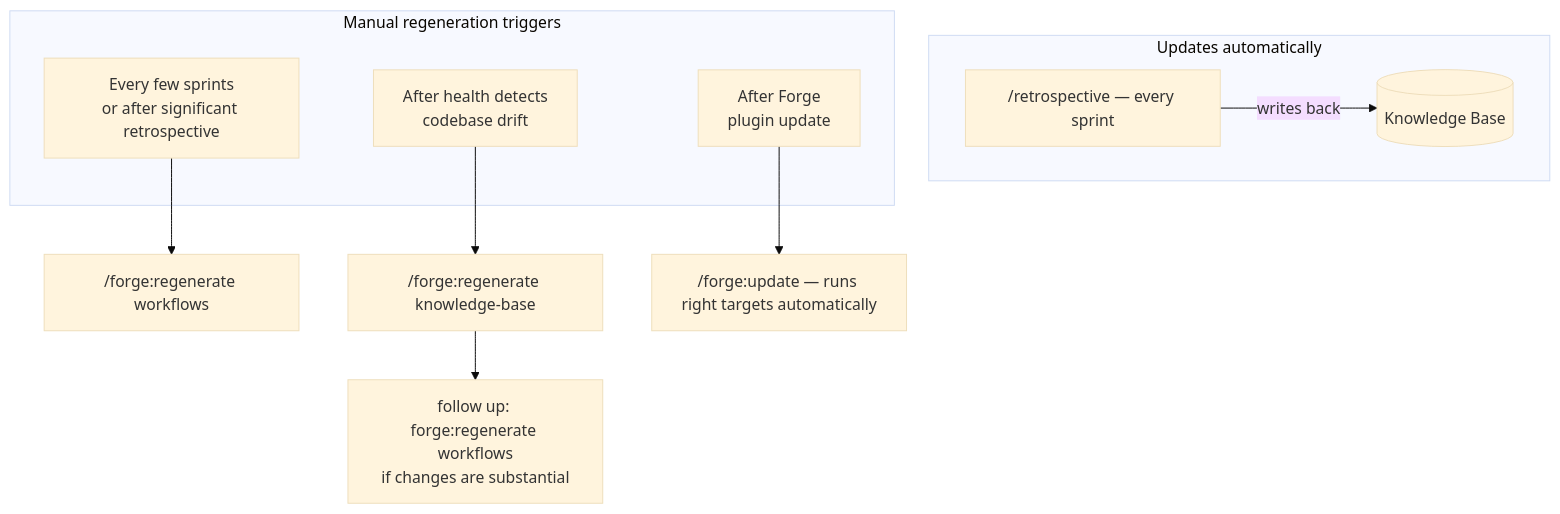
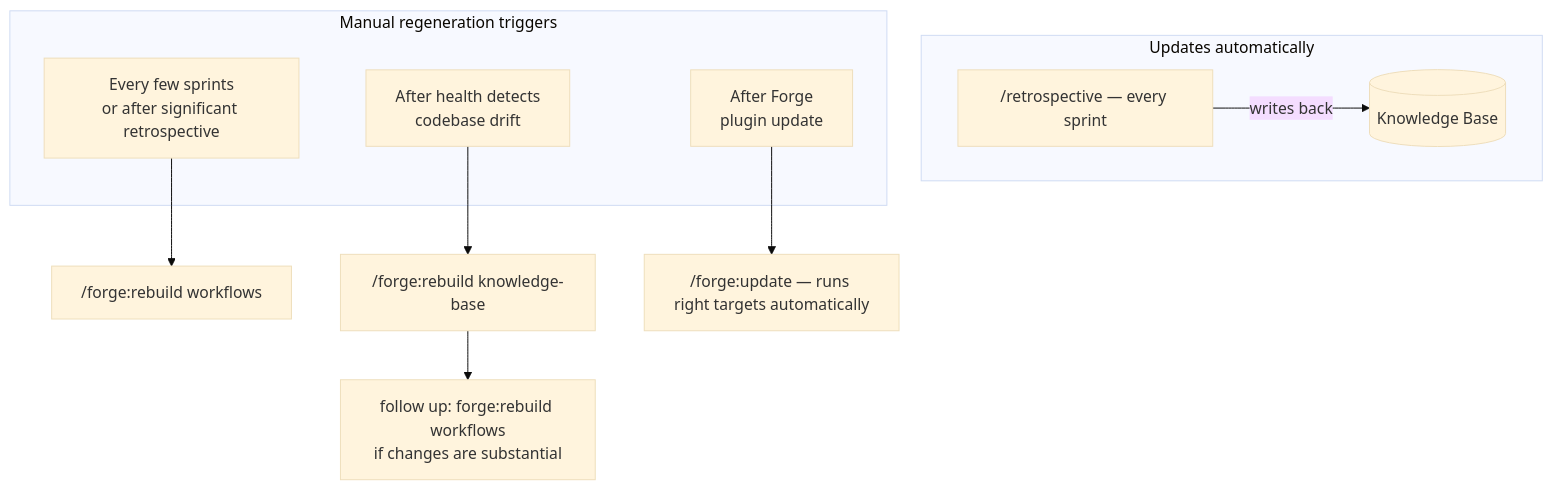
One commit to Entelligentsia/forge changed the third of 3 diagrams in docs/concepts/sprint.md. Above: the diagram before and after it, drawn with Mermaid (base theme). The commit also changed 40 other files, not shown here.

````diff
--- a/docs/concepts/sprint.md
+++ b/docs/concepts/sprint.md
@@ -64,17 +64,17 @@
 ```mermaid
 flowchart TD
     subgraph auto["Updates automatically"]
         RET["/retrospective — every sprint"] -->|writes back| KB[(Knowledge Base)]
     end
 
     subgraph manual["Manual regeneration triggers"]
         T1[Every few sprints<br/>or after significant retrospective]
         T2[After health detects<br/>codebase drift]
         T3[After Forge<br/>plugin update]
     end
 
-    T1 --> RW["/forge:regenerate workflows"]
-    T2 --> RK["/forge:regenerate knowledge-base"]
-    RK --> RW2["follow up: forge:regenerate workflows<br/>if changes are substantial"]
+    T1 --> RW["/forge:rebuild workflows"]
+    T2 --> RK["/forge:rebuild knowledge-base"]
+    RK --> RW2["follow up: forge:rebuild workflows<br/>if changes are substantial"]
     T3 --> FU["/forge:update — runs right targets automatically"]
 ```
````
